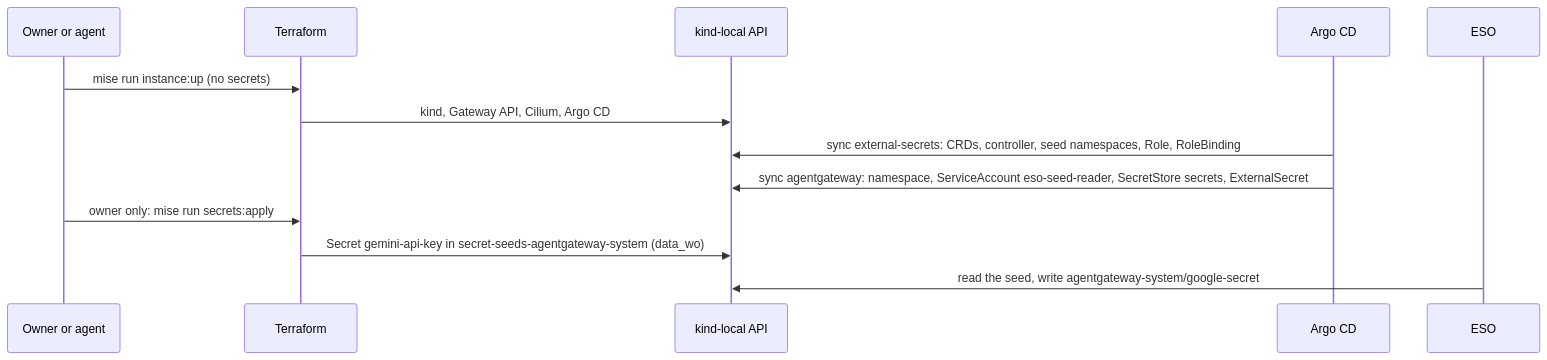
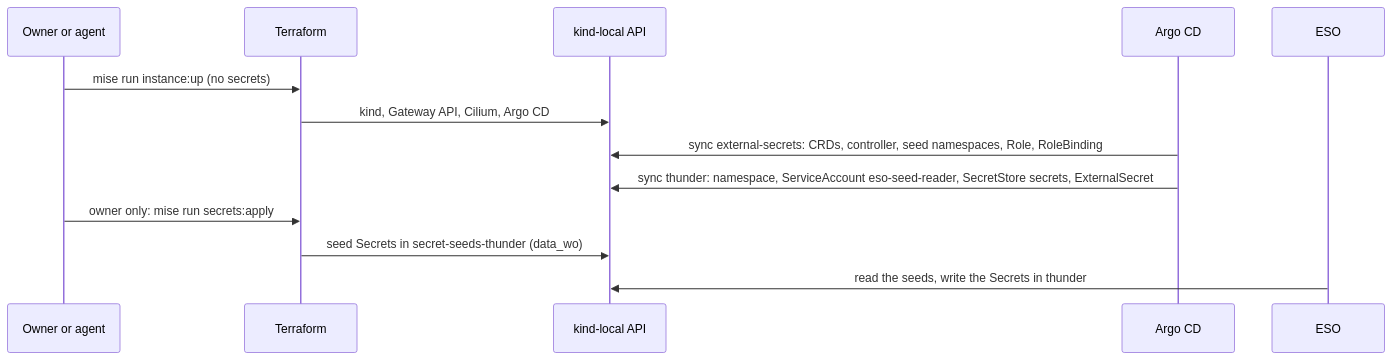
One commit to gsuquet/homelab changed the second of 2 diagrams in docs/records/rfcs/0006-secrets-management.md. Above: the diagram before and after it, drawn with Mermaid. The commit also changed other lines of this file, not shown here.

````diff
--- a/docs/records/rfcs/0006-secrets-management.md
+++ b/docs/records/rfcs/0006-secrets-management.md
@@ -239,15 +240,15 @@
 ```mermaid
 sequenceDiagram
     participant O as Owner or agent
     participant TF as Terraform
     participant K as kind-local API
     participant A as Argo CD
     participant E as ESO
     O->>TF: mise run instance:up (no secrets)
     TF->>K: kind, Gateway API, Cilium, Argo CD
     A->>K: sync external-secrets: CRDs, controller, seed namespaces, Role, RoleBinding
-    A->>K: sync agentgateway: namespace, ServiceAccount eso-seed-reader, SecretStore secrets, ExternalSecret
+    A->>K: sync thunder: namespace, ServiceAccount eso-seed-reader, SecretStore secrets, ExternalSecret
     O->>TF: owner only: mise run secrets:apply
-    TF->>K: Secret gemini-api-key in secret-seeds-agentgateway-system (data_wo)
-    E->>K: read the seed, write agentgateway-system/google-secret
+    TF->>K: seed Secrets in secret-seeds-thunder (data_wo)
+    E->>K: read the seeds, write the Secrets in thunder
 ```
````
